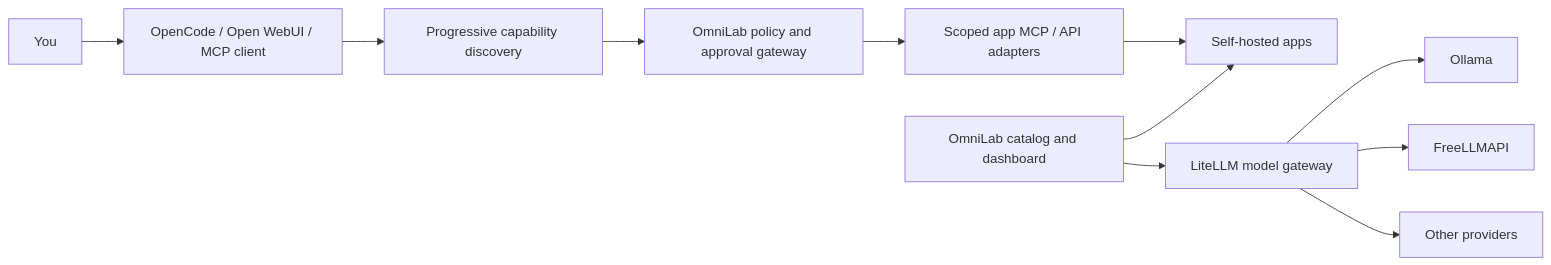
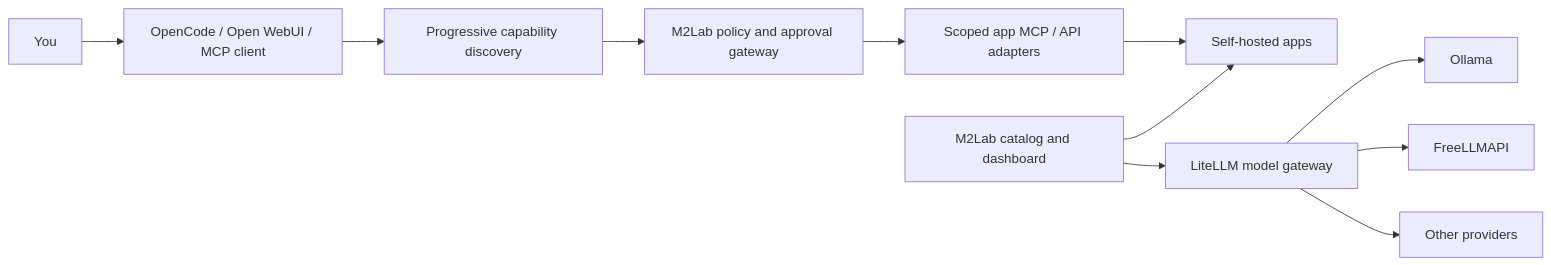
Before and after one commit to dcazes/M2Lab: the diagram in README.md, drawn with Mermaid. The commit also changed other lines of this file and 31 other files, not shown here.

````diff
--- a/README.md
+++ b/README.md
@@ -43,14 +43,14 @@
 ```mermaid
 flowchart LR
     U[You] --> H[OpenCode / Open WebUI / MCP client]
     H --> D[Progressive capability discovery]
-    D --> P[OmniLab policy and approval gateway]
+    D --> P[M2Lab policy and approval gateway]
     P --> A[Scoped app MCP / API adapters]
     A --> S[Self-hosted apps]
 
-    C[OmniLab catalog and dashboard] --> S
+    C[M2Lab catalog and dashboard] --> S
     C --> M[LiteLLM model gateway]
     M --> O[Ollama]
     M --> F[FreeLLMAPI]
     M --> R[Other providers]
 ```
````
